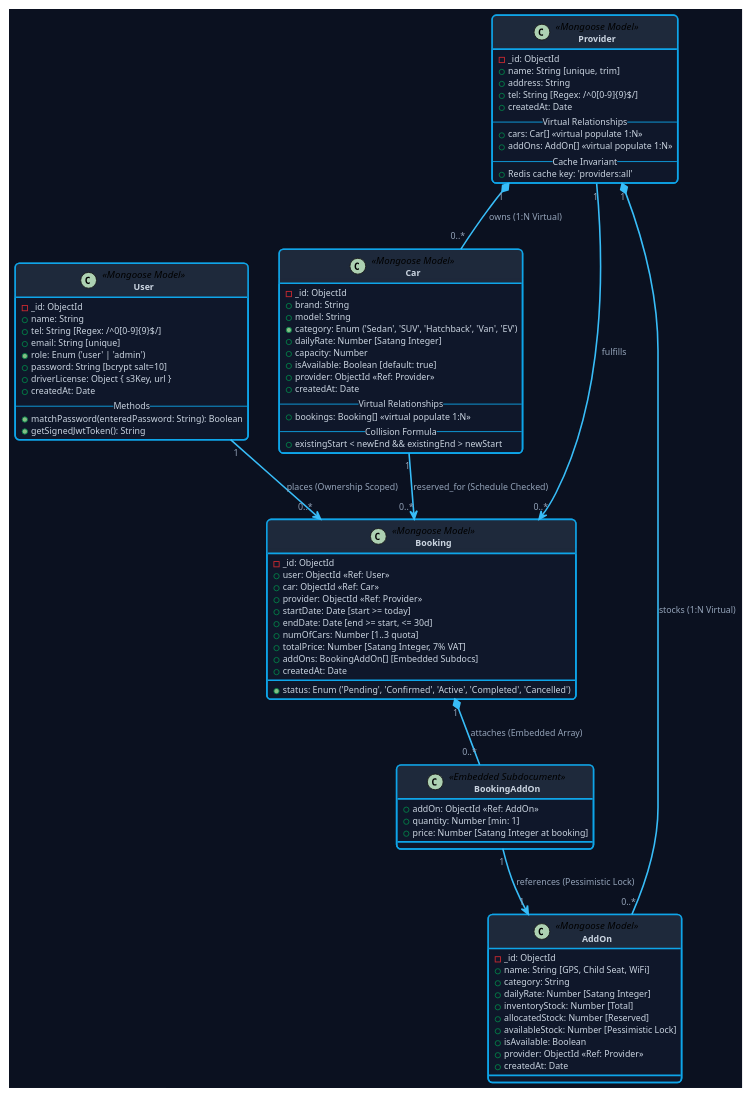
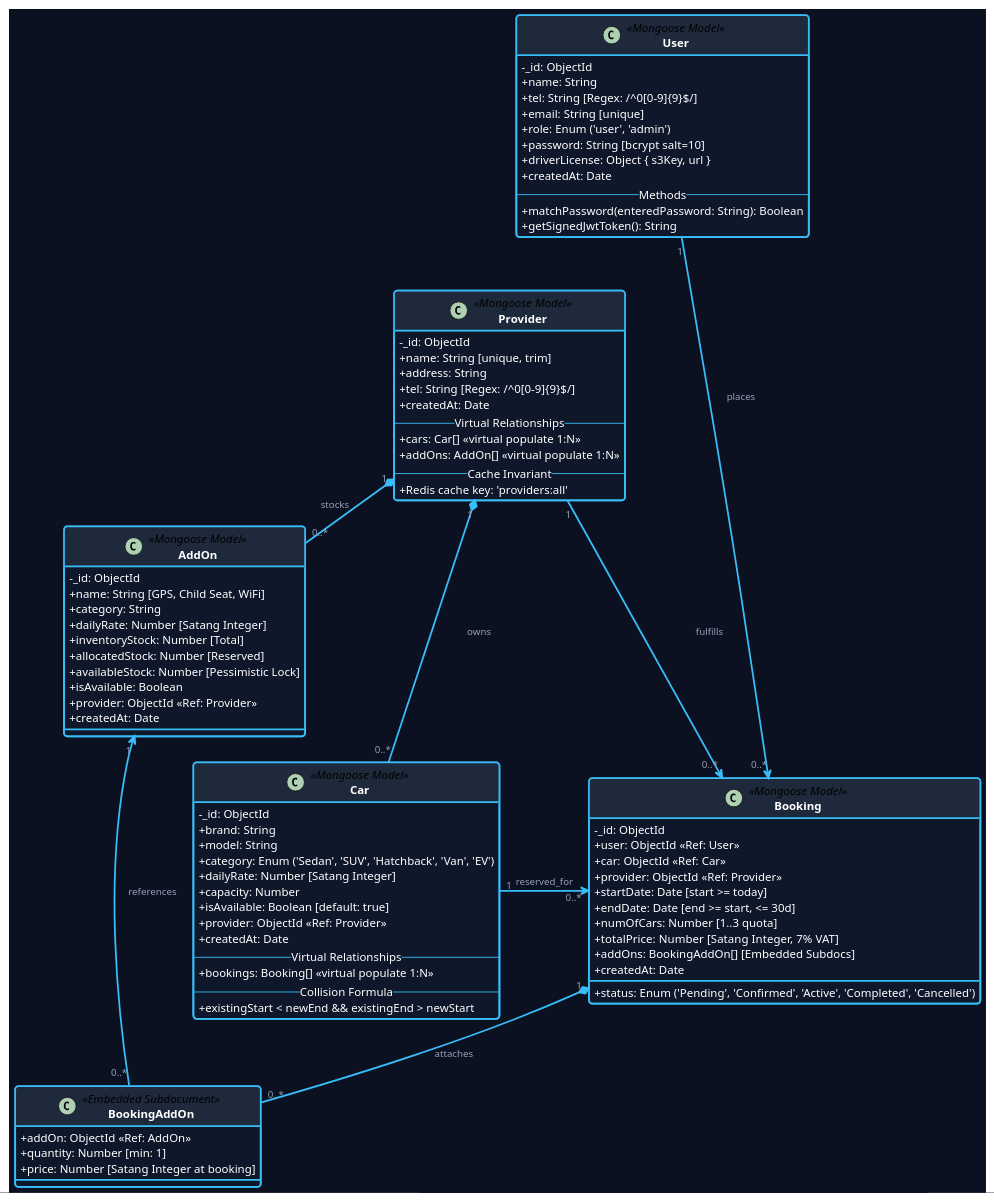
The diagram in docs/diagrams/class_diagram.puml (worawalan-s/rental-car-booking), drawn with PlantUML before and after one commit. The commit also changed 7 other files, not shown here.

Commit message:
docs(diagrams): enhance class diagram legibility and adopt plain uniform use case styling

```diff
--- a/docs/diagrams/class_diagram.puml
+++ b/docs/diagrams/class_diagram.puml
@@ -1,115 +1,119 @@
 @startuml class_diagram
 skinparam BackgroundColor #0B1120
-skinparam roundcorner 10
+skinparam roundcorner 8
 skinparam shadowing false
 skinparam defaultFontName "Helvetica, Arial, sans-serif"
-skinparam defaultFontSize 11
+skinparam defaultFontSize 13
+
+' Remove muddy icons, use clear high-contrast text + and -
+skinparam classAttributeIconSize 0
 
 skinparam class {
     BackgroundColor #0F172A
-    BorderColor #0EA5E9
-    BorderThickness 1.8
+    BorderColor #38BDF8
+    BorderThickness 2
     HeaderBackgroundColor #1E293B
-    FontColor #F8FAFC
-    FontSize 13
+    FontColor #FFFFFF
+    FontSize 15
     FontStyle bold
-    AttributeFontColor #CBD5E1
-    AttributeFontSize 10
+    AttributeFontColor #FFFFFF
+    AttributeFontSize 13
 }
 
 skinparam stereotypeCBackgroundColor #0284C7
 skinparam stereotypeCFontColor #FFFFFF
 
 skinparam arrow {
     Color #38BDF8
-    Thickness 1.8
+    Thickness 2
     FontColor #94A3B8
-    FontSize 10
+    FontSize 11
 }
 
 class User <<Mongoose Model>> {
     -_id: ObjectId
     +name: String
     +tel: String [Regex: /^0[0-9]{9}$/]
     +email: String [unique]
-    +role: Enum ('user' | 'admin')
+    +role: Enum ('user', 'admin')
     +password: String [bcrypt salt=10]
     +driverLicense: Object { s3Key, url }
     +createdAt: Date
     -- Methods --
     +matchPassword(enteredPassword: String): Boolean
     +getSignedJwtToken(): String
 }
 
-class Provider <<Mongoose Model>> {
+class Booking <<Mongoose Model>> {
     -_id: ObjectId
-    +name: String [unique, trim]
-    +address: String
-    +tel: String [Regex: /^0[0-9]{9}$/]
+    +user: ObjectId <<Ref: User>>
+    +car: ObjectId <<Ref: Car>>
+    +provider: ObjectId <<Ref: Provider>>
+    +startDate: Date [start >= today]
+    +endDate: Date [end >= start, <= 30d]
+    +numOfCars: Number [1..3 quota]
+    +status: Enum ('Pending', 'Confirmed', 'Active', 'Completed', 'Cancelled')
+    +totalPrice: Number [Satang Integer, 7% VAT]
+    +addOns: BookingAddOn[] [Embedded Subdocs]
     +createdAt: Date
-    -- Virtual Relationships --
-    +cars: Car[] <<virtual populate 1:N>>
-    +addOns: AddOn[] <<virtual populate 1:N>>
-    -- Cache Invariant --
-    +Redis cache key: 'providers:all'
 }
 
 class Car <<Mongoose Model>> {
     -_id: ObjectId
     +brand: String
     +model: String
     +category: Enum ('Sedan', 'SUV', 'Hatchback', 'Van', 'EV')
     +dailyRate: Number [Satang Integer]
     +capacity: Number
     +isAvailable: Boolean [default: true]
     +provider: ObjectId <<Ref: Provider>>
     +createdAt: Date
     -- Virtual Relationships --
     +bookings: Booking[] <<virtual populate 1:N>>
     -- Collision Formula --
     +existingStart < newEnd && existingEnd > newStart
 }
 
-class Booking <<Mongoose Model>> {
+class Provider <<Mongoose Model>> {
     -_id: ObjectId
-    +user: ObjectId <<Ref: User>>
-    +car: ObjectId <<Ref: Car>>
-    +provider: ObjectId <<Ref: Provider>>
-    +startDate: Date [start >= today]
-    +endDate: Date [end >= start, <= 30d]
-    +numOfCars: Number [1..3 quota]
-    +status: Enum ('Pending', 'Confirmed', 'Active', 'Completed', 'Cancelled')
-    +totalPrice: Number [Satang Integer, 7% VAT]
-    +addOns: BookingAddOn[] [Embedded Subdocs]
+    +name: String [unique, trim]
+    +address: String
+    +tel: String [Regex: /^0[0-9]{9}$/]
     +createdAt: Date
+    -- Virtual Relationships --
+    +cars: Car[] <<virtual populate 1:N>>
+    +addOns: AddOn[] <<virtual populate 1:N>>
+    -- Cache Invariant --
+    +Redis cache key: 'providers:all'
 }
 
 class AddOn <<Mongoose Model>> {
     -_id: ObjectId
     +name: String [GPS, Child Seat, WiFi]
     +category: String
     +dailyRate: Number [Satang Integer]
     +inventoryStock: Number [Total]
     +allocatedStock: Number [Reserved]
     +availableStock: Number [Pessimistic Lock]
     +isAvailable: Boolean
     +provider: ObjectId <<Ref: Provider>>
     +createdAt: Date
 }
 
 class BookingAddOn <<Embedded Subdocument>> {
     +addOn: ObjectId <<Ref: AddOn>>
     +quantity: Number [min: 1]
     +price: Number [Satang Integer at booking]
 }
 
-' Entity Relationships
-Provider "1" *-- "0..*" Car : owns (1:N Virtual)
-Provider "1" *-- "0..*" AddOn : stocks (1:N Virtual)
-User "1" --> "0..*" Booking : places (Ownership Scoped)
-Car "1" --> "0..*" Booking : reserved_for (Schedule Checked)
+' Layout connections
+User "1" -right-> "0..*" Booking : places
+Booking "0..*" <-left- "1" Car : reserved_for
+User -[hidden]down-> Provider
+Provider "1" *-right- "0..*" AddOn : stocks
+Provider "1" *-- "0..*" Car : owns
 Provider "1" --> "0..*" Booking : fulfills
-Booking "1" *-- "0..*" BookingAddOn : attaches (Embedded Array)
-BookingAddOn "1" --> "1" AddOn : references (Pessimistic Lock)
+Booking "1" *-down- "0..*" BookingAddOn : attaches
+BookingAddOn "0..*" -left-> "1" AddOn : references
 
 @enduml
```
